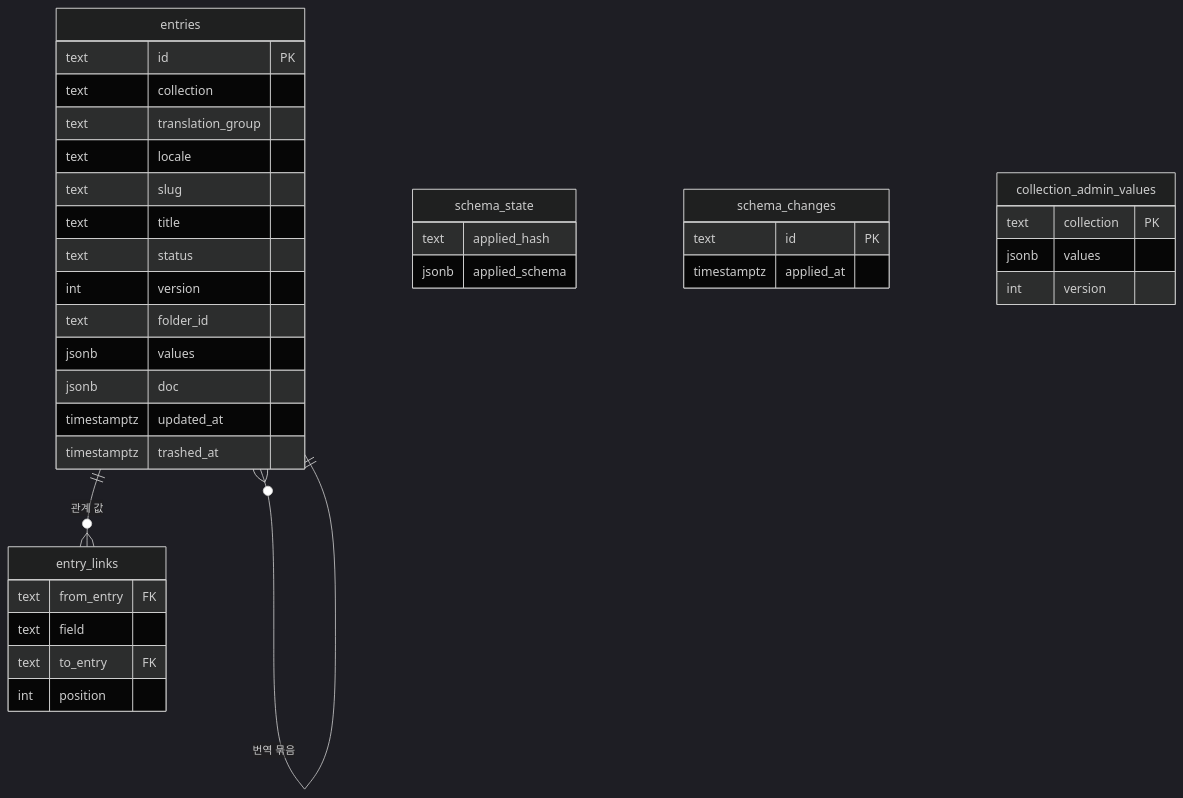
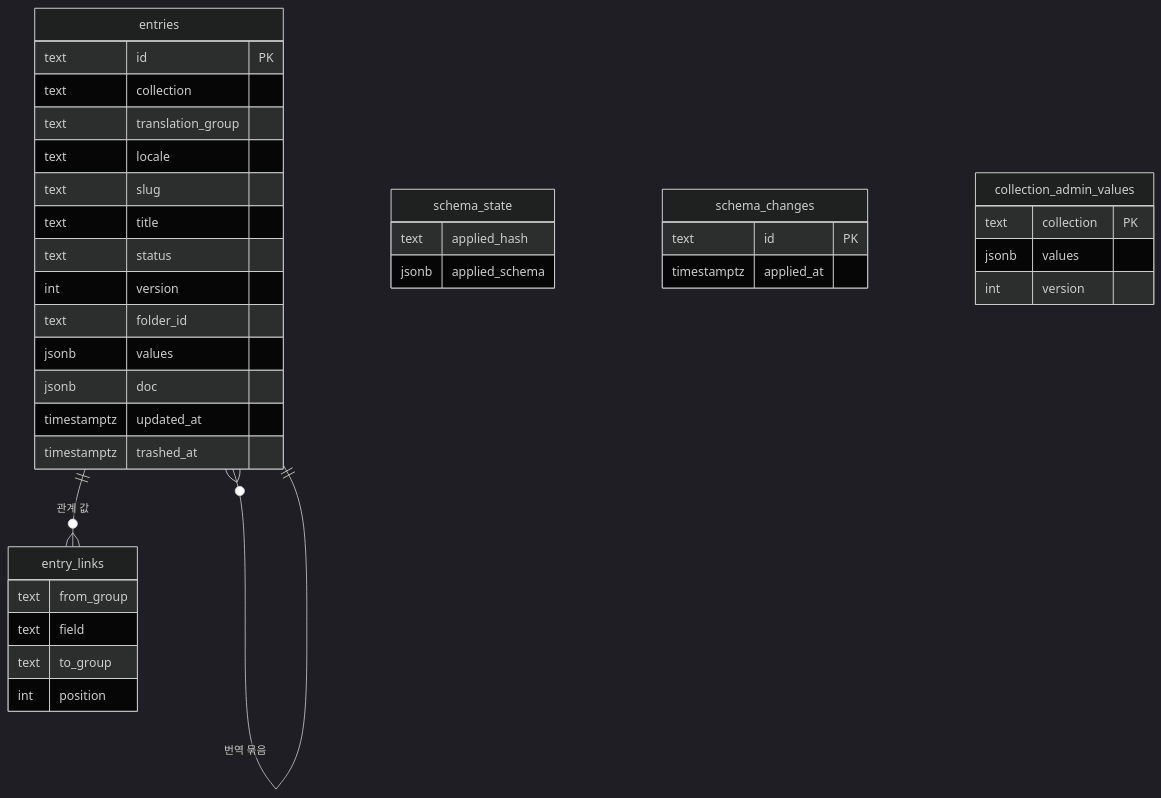
One commit to monti-cms/monti changed the third of 4 diagrams in docs/design/features/01-content-structure.md. Above: the diagram before and after it, drawn with Mermaid (dark theme). The commit also changed other lines of this file and 2 other files, not shown here.

Commit message:
docs: feature design for relations and taxonomy

````diff
--- a/docs/design/features/01-content-structure.md
+++ b/docs/design/features/01-content-structure.md
@@ -153,39 +153,39 @@
 ```mermaid
 erDiagram
   entries {
     text id PK
     text collection
     text translation_group
     text locale
     text slug
     text title
     text status
     int version
     text folder_id
     jsonb values
     jsonb doc
     timestamptz updated_at
     timestamptz trashed_at
   }
   entry_links {
-    text from_entry FK
+    text from_group
     text field
-    text to_entry FK
+    text to_group
     int position
   }
   schema_state {
     text applied_hash
     jsonb applied_schema
   }
   schema_changes {
     text id PK
     timestamptz applied_at
   }
   collection_admin_values {
     text collection PK
     jsonb values
     int version
   }
   entries ||--o{ entry_links : "관계 값"
   entries }o--|| entries : "번역 묶음"
 ```
````
